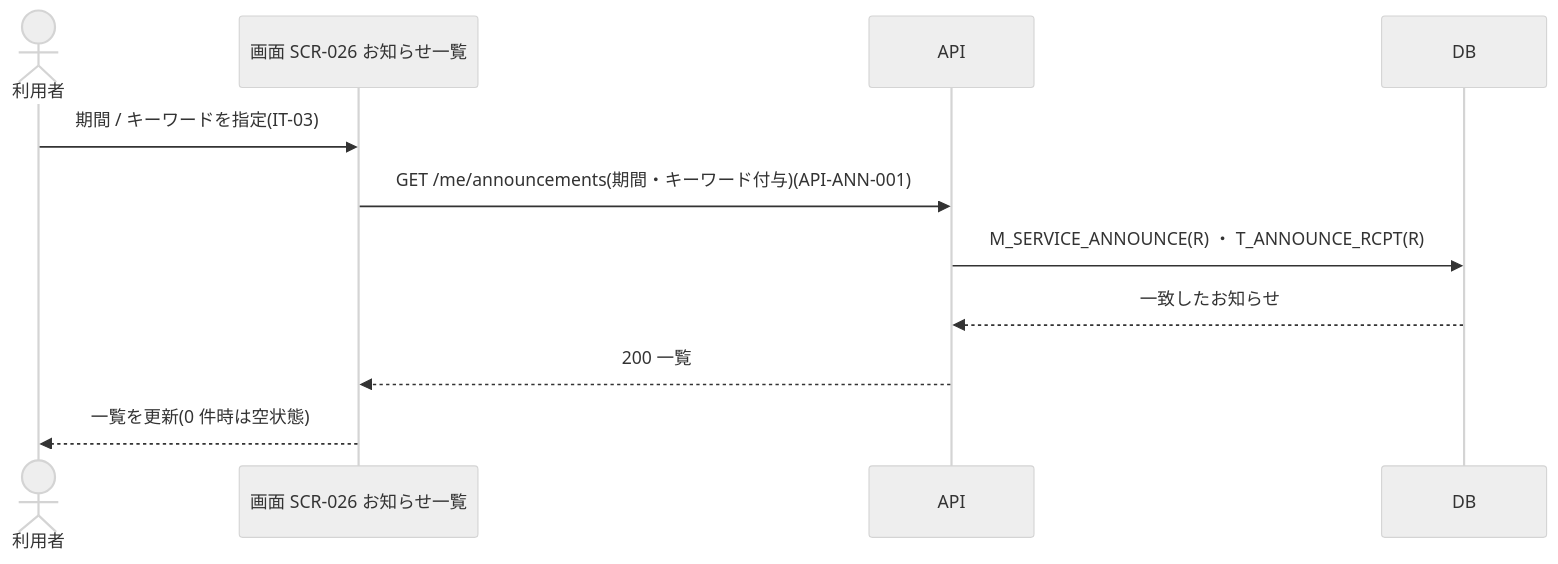
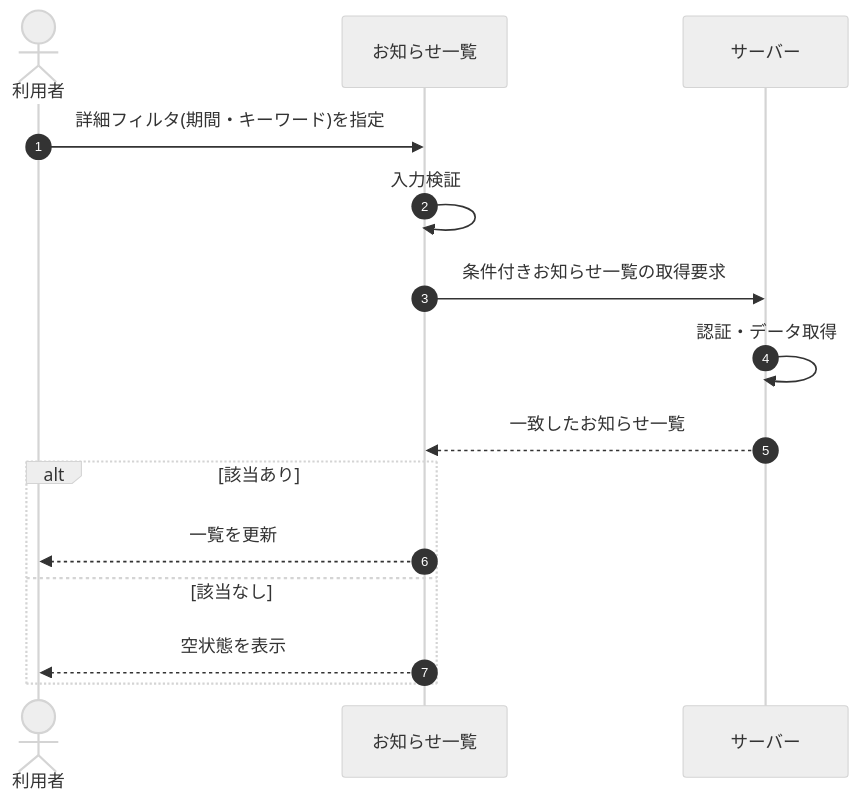
The diagram in 02_basic_design/05_sequences/SEQ-057.md (sikakou54/open-faq), drawn with Mermaid (neutral theme) before and after one commit. The commit also changed other lines of this file and 108 other files, not shown here.

First line of the commit message:
基本設計: シーケンス図を基本設計粒度(ユーザー/画面/サーバー)へ再編成

````diff
--- a/02_basic_design/05_sequences/SEQ-057.md
+++ b/02_basic_design/05_sequences/SEQ-057.md
@@ -25,13 +32,17 @@
 ```mermaid
 sequenceDiagram
+  autonumber
   actor U as 利用者
-  participant S as 画面 SCR-026 お知らせ一覧
-  participant API as API
-  participant DB as DB
-  U->>S: 期間 / キーワードを指定(IT-03)
-  S->>API: GET /me/announcements(期間・キーワード付与)(API-ANN-001)
-  API->>DB: M_SERVICE_ANNOUNCE(R) ・ T_ANNOUNCE_RCPT(R)
-  DB-->>API: 一致したお知らせ
-  API-->>S: 200 一覧
-  S-->>U: 一覧を更新(0 件時は空状態)
+  participant Screen as お知らせ一覧
+  participant Server as サーバー
+  U->>Screen: 詳細フィルタ(期間・キーワード)を指定
+  Screen->>Screen: 入力検証
+  Screen->>Server: 条件付きお知らせ一覧の取得要求
+  Server->>Server: 認証・データ取得
+  Server-->>Screen: 一致したお知らせ一覧
+  alt 該当あり
+    Screen-->>U: 一覧を更新
+  else 該当なし
+    Screen-->>U: 空状態を表示
+  end
 ```
````
